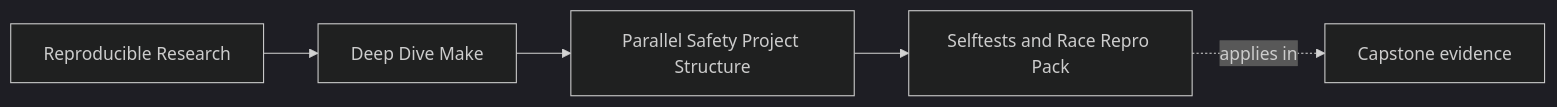
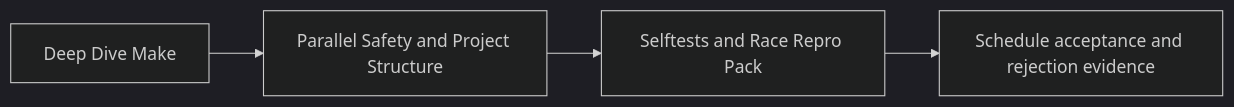
The first of 2 diagrams in programs/reproducible-research/deep-dive-make/course-book/module-02-parallel-safety-project-structure/selftests-and-race-repro-pack.md (bijux/bijux-masterclass), drawn with Mermaid (dark theme) before and after one commit. The commit also changed other lines of this file, not shown here.

Commit message:
docs(make): design concurrency detectors with signatures

````diff
--- a/programs/reproducible-research/deep-dive-make/course-book/module-02-parallel-safety-project-structure/selftests-and-race-repro-pack.md
+++ b/programs/reproducible-research/deep-dive-make/course-book/module-02-parallel-safety-project-structure/selftests-and-race-repro-pack.md
@@ -7,11 +9,6 @@
 ```mermaid
 graph LR
-  family["Reproducible Research"]
-  program["Deep Dive Make"]
-  section["Parallel Safety Project Structure"]
-  page["Selftests and Race Repro Pack"]
-  capstone["Capstone evidence"]
-
-  family --> program --> section --> page
-  page -.applies in.-> capstone
+  course["Deep Dive Make"] --> module["Parallel Safety and Project Structure"]
+  module --> page["Selftests and Race Repro Pack"]
+  page --> proof["Schedule acceptance and rejection evidence"]
 ```
````
